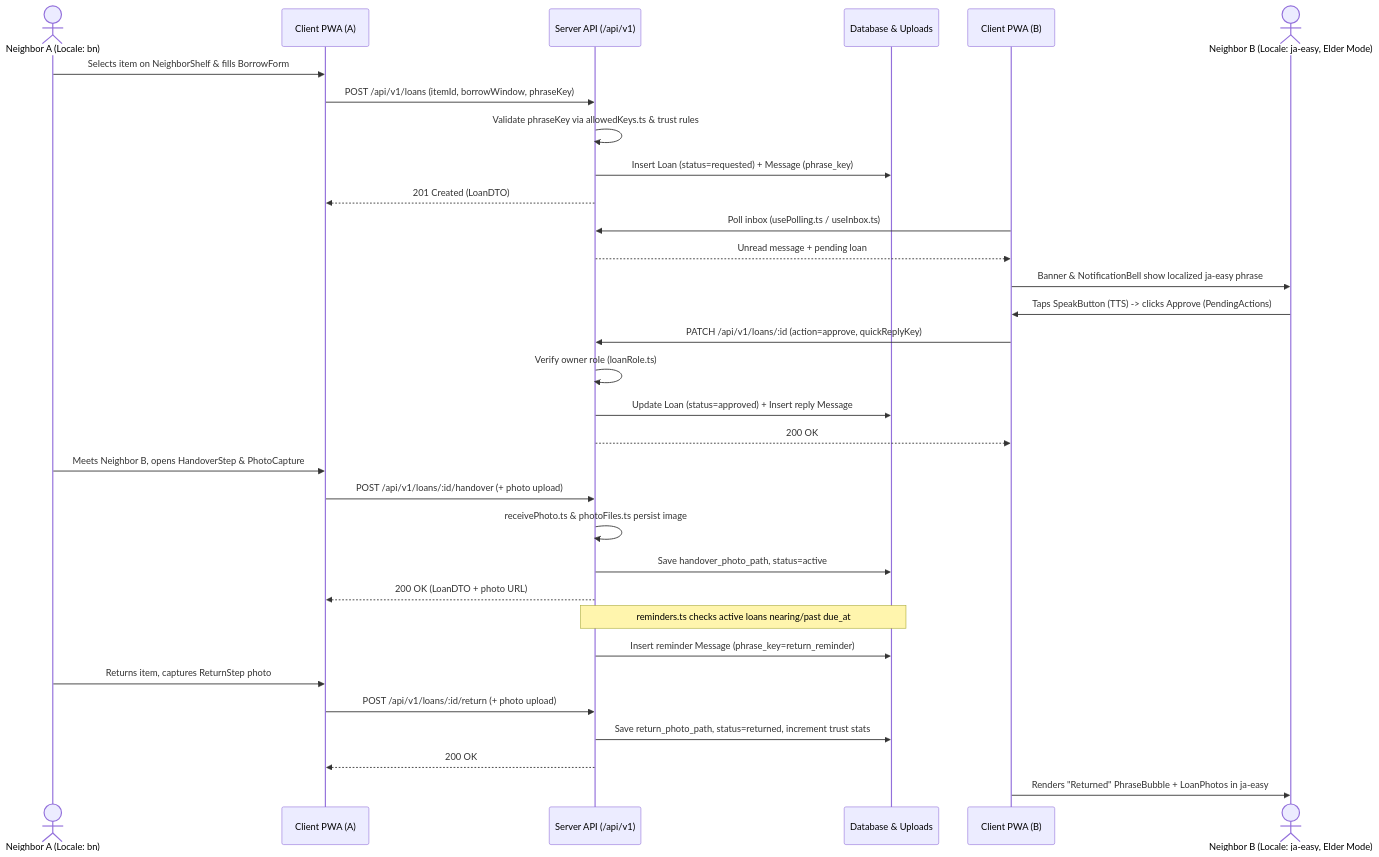
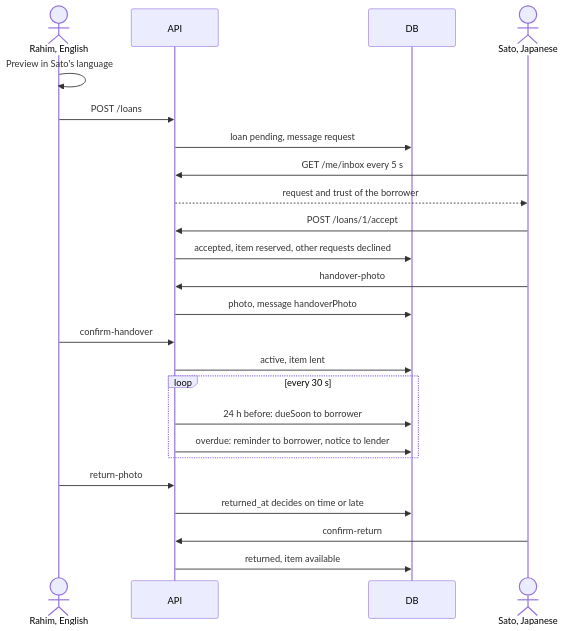
One commit to MdLabib355/otonari changed diagram 17 of 22 in System_Design.md. Above: the diagram before and after it, drawn with Mermaid. The commit also changed other lines of this file, not shown here.

````diff
--- a/System_Design.md
+++ b/System_Design.md
@@ -225,44 +448,26 @@
 ```mermaid
 sequenceDiagram
-    actor Borrower as Neighbor A (Locale: bn)
-    participant ClientA as Client PWA (A)
-    participant API as Server API (/api/v1)
-    participant DB as Database & Uploads
-    participant ClientB as Client PWA (B)
-    actor Owner as Neighbor B (Locale: ja-easy, Elder Mode)
-
-    %% 1. Request
-    Borrower->>ClientA: Selects item on NeighborShelf & fills BorrowForm
-    ClientA->>API: POST /api/v1/loans (itemId, borrowWindow, phraseKey)
-    API->>API: Validate phraseKey via allowedKeys.ts & trust rules
-    API->>DB: Insert Loan (status=requested) + Message (phrase_key)
-    API-->>ClientA: 201 Created (LoanDTO)
-
-    %% 2. Notification & Approval
-    ClientB->>API: Poll inbox (usePolling.ts / useInbox.ts)
-    API-->>ClientB: Unread message + pending loan
-    ClientB->>Owner: Banner & NotificationBell show localized ja-easy phrase
-    Owner->>ClientB: Taps SpeakButton (TTS) -> clicks Approve (PendingActions)
-    ClientB->>API: PATCH /api/v1/loans/:id (action=approve, quickReplyKey)
-    API->>API: Verify owner role (loanRole.ts)
-    API->>DB: Update Loan (status=approved) + Insert reply Message
-    API-->>ClientB: 200 OK
-
-    %% 3. Handover + Photo Proof
-    Borrower->>ClientA: Meets Neighbor B, opens HandoverStep & PhotoCapture
-    ClientA->>API: POST /api/v1/loans/:id/handover (+ photo upload)
-    API->>API: receivePhoto.ts & photoFiles.ts persist image
-    API->>DB: Save handover_photo_path, status=active
-    API-->>ClientA: 200 OK (LoanDTO + photo URL)
-
-    %% 4. Automated Reminder (if due)
-    Note over API,DB: reminders.ts checks active loans nearing/past due_at
-    API->>DB: Insert reminder Message (phrase_key=return_reminder)
-
-    %% 5. Return + Photo Proof
-    Borrower->>ClientA: Returns item, captures ReturnStep photo
-    ClientA->>API: POST /api/v1/loans/:id/return (+ photo upload)
-    API->>DB: Save return_photo_path, status=returned, increment trust stats
-    API-->>ClientA: 200 OK
-    ClientB->>Owner: Renders "Returned" PhraseBubble + LoanPhotos in ja-easy
+  actor B as Rahim, English
+  participant API
+  participant DB
+  actor L as Sato, Japanese
+  B->>B: Preview in Sato's language
+  B->>API: POST /loans
+  API->>DB: loan pending, message request
+  L->>API: GET /me/inbox every 5 s
+  API-->>L: request and trust of the borrower
+  L->>API: POST /loans/1/accept
+  API->>DB: accepted, item reserved, other requests declined
+  L->>API: handover-photo
+  API->>DB: photo, message handoverPhoto
+  B->>API: confirm-handover
+  API->>DB: active, item lent
+  loop every 30 s
+    API->>DB: 24 h before: dueSoon to borrower
+    API->>DB: overdue: reminder to borrower, notice to lender
+  end
+  B->>API: return-photo
+  API->>DB: returned_at decides on time or late
+  L->>API: confirm-return
+  API->>DB: returned, item available
 ```
````
